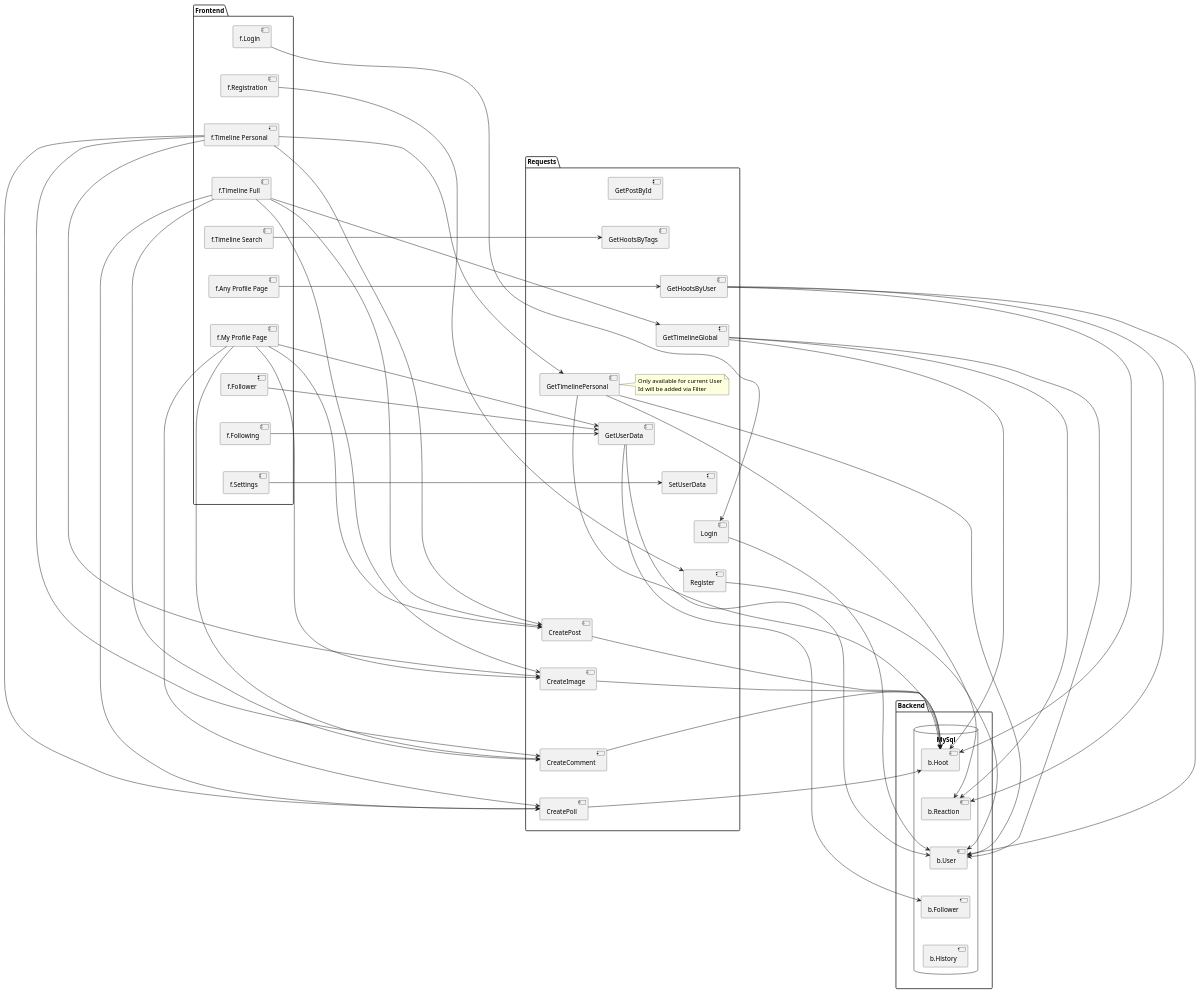
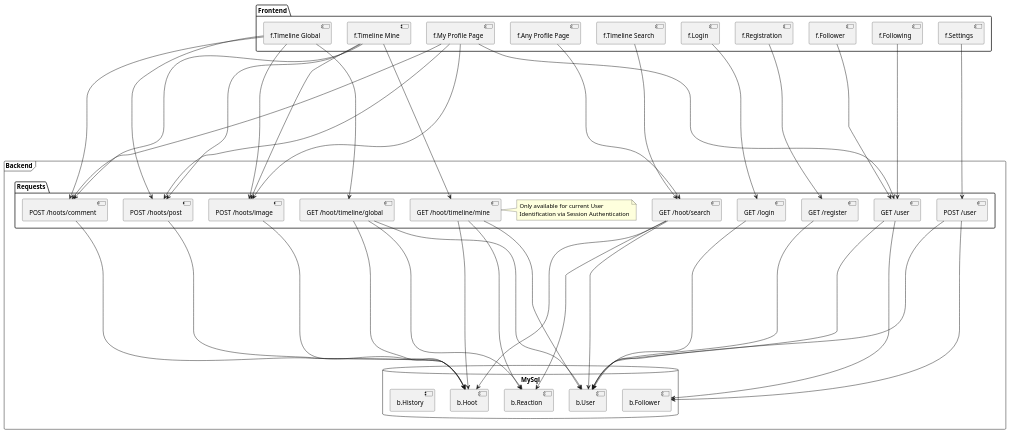
One commit to ulftietze/hoot changed the diagram in docs/diagrams/Front-Backend-API.puml. Above: the diagram before and after it, drawn with PlantUML. The commit also changed 25 other files, not shown here.

```diff
--- a/docs/diagrams/Front-Backend-API.puml
+++ b/docs/diagrams/Front-Backend-API.puml
@@ -1,122 +1,91 @@
 @startuml
 'https://plantuml.com/component-diagram
 /'TODO: Beautify (Probably never)'/
 
 package Frontend {
     [f.Login]
     [f.Registration]
-    [f.Timeline Personal]
-    [f.Timeline Full]
+    [f.Timeline Mine]
+    [f.Timeline Global]
     [f.Timeline Search]
     [f.Any Profile Page]
     [f.My Profile Page]
     [f.Follower]
     [f.Following]
     [f.Settings]
 }
 
-[f.Login] -[hidden]down-> [f.Registration]
-[f.Registration] -[hidden]down-> [f.Timeline Personal]
-[f.Timeline Personal] -[hidden]down-> [f.Timeline Full]
-[f.Timeline Full] -[hidden]down-> [f.Timeline Search]
-[f.Timeline Search] -[hidden]down-> [f.Any Profile Page]
-[f.Any Profile Page] -[hidden]down-> [f.My Profile Page]
-[f.My Profile Page] -[hidden]down-> [f.Follower]
-[f.Follower] -[hidden]down-> [f.Following]
-[f.Following] -[hidden]down-> [f.Settings]
+frame Backend {
+    package Requests {
+        [GET /login]
+        [GET /hoot/search]
+        [GET /hoot/timeline/global]
+        [GET /hoot/timeline/mine]
+        [GET /user]
+        [POST /user]
+        [GET /register]
+        [POST /hoots/post]
+        [POST /hoots/image]
+        [POST /hoots/comment]
 
-package Requests {
-    [GetPostById]
-    [GetHootsByTags]
-    [GetHootsByUser]
-    [GetTimelineGlobal]
-    [GetTimelinePersonal]
-    [GetUserData]
-    [SetUserData]
-    [Login]
-    [Register]
-    [CreatePost]
-    [CreateImage]
-    [CreateComment]
-    [CreatePoll]
+        note right of [GET /hoot/timeline/mine]
+            Only available for current User
+            Identification via Session Authentication
+        end note
+    }
 
-    note right of [GetTimelinePersonal]
-        Only available for current User
-        Id will be added via Filter
-    end note
-}
-
-[GetPostById] -[hidden]down-> [GetHootsByTags]
-[GetHootsByTags] -[hidden]down-> [GetHootsByUser]
-[GetHootsByUser] -[hidden]down-> [GetTimelineGlobal]
-[GetTimelineGlobal] -[hidden]down-> [GetTimelinePersonal]
-[GetTimelinePersonal] -[hidden]down-> [GetUserData]
-[GetUserData] -[hidden]down-> [SetUserData]
-[SetUserData] -[hidden]down-> [Login]
-[Login] -[hidden]down-> [Register]
-[Register] -[hidden]down-> [CreatePost]
-[CreatePost] -[hidden]down-> [CreateImage]
-[CreateImage] -[hidden]down-> [CreateComment]
-[CreateComment] -[hidden]down-> [CreatePoll]
-
-package Backend {
     database "MySql" {
         [b.Hoot]
         [b.Reaction]
         [b.User]
         [b.Follower]
         [b.History]
     }
 }
 
-[b.Hoot] -[hidden]down-> [b.Reaction]
-[b.Reaction] -[hidden]down-> [b.User]
-[b.User] -[hidden]down-> [b.Follower]
-[b.Follower] -[hidden]down-> [b.History]
 
-Frontend -[hidden]r-> Requests
-Requests -[hidden]r-> Backend
+'[b.Hoot] -[hidden]right-> [b.Reaction]
+'[b.Reaction] -[hidden]right-> [b.User]
+'[b.User] -[hidden]right-> [b.Follower]
+'[b.Follower] -[hidden]right-> [b.History]
 
+[f.Timeline Global] ------> [GET /hoot/timeline/global]
+[f.Timeline Mine] ------> [GET /hoot/timeline/mine]
+[f.Timeline Global] ------> [POST /hoots/post]
+[f.Timeline Mine] ------> [POST /hoots/post]
+[f.My Profile Page] ------> [POST /hoots/post]
+[f.Timeline Global] ------> [POST /hoots/image]
+[f.Timeline Mine] ------> [POST /hoots/image]
+[f.My Profile Page] ------> [POST /hoots/image]
+[f.Timeline Global] ------> [POST /hoots/comment]
+[f.Timeline Mine] ------> [POST /hoots/comment]
+[f.My Profile Page] ------> [POST /hoots/comment]
+[f.Timeline Search] ------> [GET /hoot/search]
+[f.Any Profile Page] ------> [GET /hoot/search]
+[f.My Profile Page] ------> [GET /user]
+[f.Login] ------> [GET /login]
+[f.Registration] ------> [GET /register]
+[f.Follower] ------> [GET /user]
+[f.Following] ------> [GET /user]
+[f.Settings] ------> [POST /user]
 
-[f.Timeline Full] -r-> [GetTimelineGlobal]
-[f.Timeline Personal] -r-> [GetTimelinePersonal]
-[f.Timeline Full] -r-> [CreatePost]
-[f.Timeline Personal] -r-> [CreatePost]
-[f.My Profile Page] -r-> [CreatePost]
-[f.Timeline Full] -r-> [CreateImage]
-[f.Timeline Personal] -r-> [CreateImage]
-[f.My Profile Page] -r-> [CreateImage]
-[f.Timeline Full] -r-> [CreateComment]
-[f.Timeline Personal] -r-> [CreateComment]
-[f.My Profile Page] -r-> [CreateComment]
-[f.Timeline Full] -r-> [CreatePoll]
-[f.Timeline Personal] -r-> [CreatePoll]
-[f.My Profile Page] -r-> [CreatePoll]
-[f.Timeline Search] -r-> [GetHootsByTags]
-[f.Any Profile Page] -r-> [GetHootsByUser]
-[f.My Profile Page] -r-> [GetUserData]
-[f.Login] -r-> [Login]
-[f.Registration] -r-> [Register]
-[f.Follower] -r-> [GetUserData]
-[f.Following] -r-> [GetUserData]
-[f.Settings] -r-> [SetUserData]
-
-[Login] -r-> [b.User]
-[Register] -r-> [b.User]
-[GetUserData] -r-> [b.User]
-[GetUserData] -r-> [b.Follower]
-[GetHootsByUser] -r-> [b.Hoot]
-[GetHootsByUser] -r-> [b.User]
-[GetHootsByUser] -r-> [b.Reaction]
-[GetTimelinePersonal] -r-> [b.Hoot]
-[GetTimelinePersonal] -r-> [b.User]
-[GetTimelinePersonal] -r-> [b.Reaction]
-[GetTimelineGlobal] -r-> [b.Hoot]
-[GetTimelineGlobal] -r-> [b.User]
-[GetTimelineGlobal] -r-> [b.Reaction]
-[CreatePost] -r-> [b.Hoot]
-[CreateImage] -r-> [b.Hoot]
-[CreateComment] -r-> [b.Hoot]
-[CreatePoll] -r-> [b.Hoot]
+[GET /login] -------> [b.User]
+[GET /register] -------> [b.User]
+[GET /user] -------> [b.User]
+[GET /user] -------> [b.Follower]
+[POST /user] -------> [b.User]
+[POST /user] -------> [b.Follower]
+[GET /hoot/search] -------> [b.Hoot]
+[GET /hoot/search] -------> [b.User]
+[GET /hoot/search] -------> [b.Reaction]
+[GET /hoot/timeline/mine] -------> [b.Hoot]
+[GET /hoot/timeline/mine] -------> [b.User]
+[GET /hoot/timeline/mine] -------> [b.Reaction]
+[GET /hoot/timeline/global] -------> [b.Hoot]
+[GET /hoot/timeline/global] -------> [b.User]
+[GET /hoot/timeline/global] -------> [b.Reaction]
+[POST /hoots/post] -------> [b.Hoot]
+[POST /hoots/image] -------> [b.Hoot]
+[POST /hoots/comment] -------> [b.Hoot]
 
 @enduml
```
